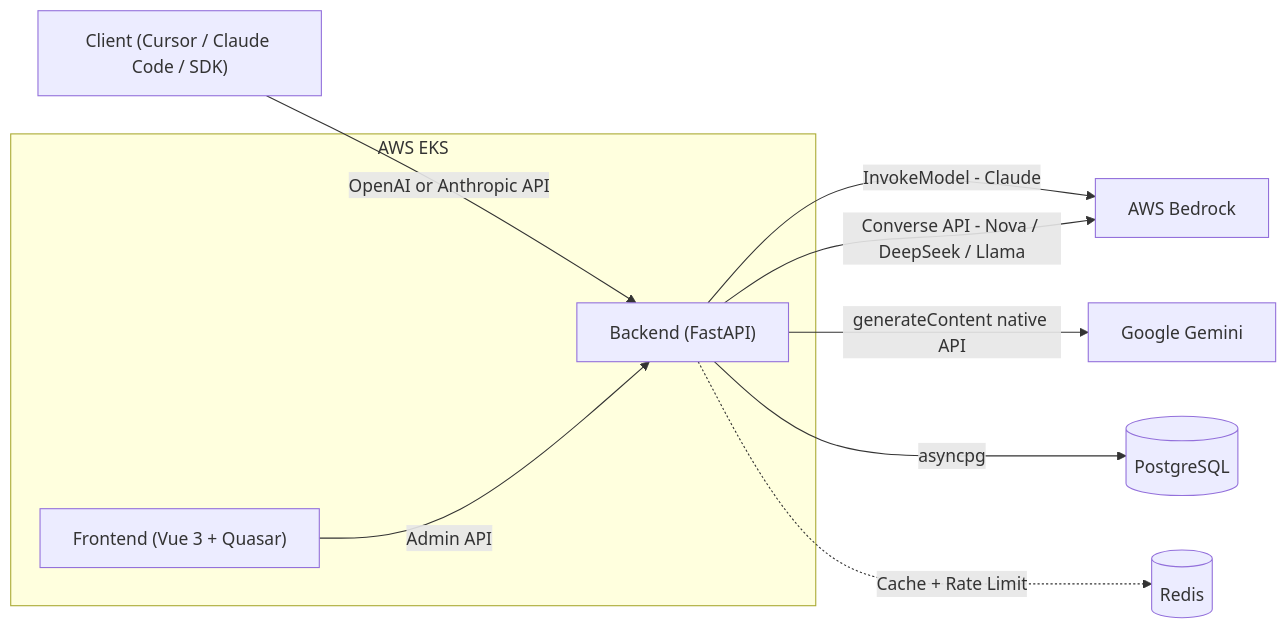
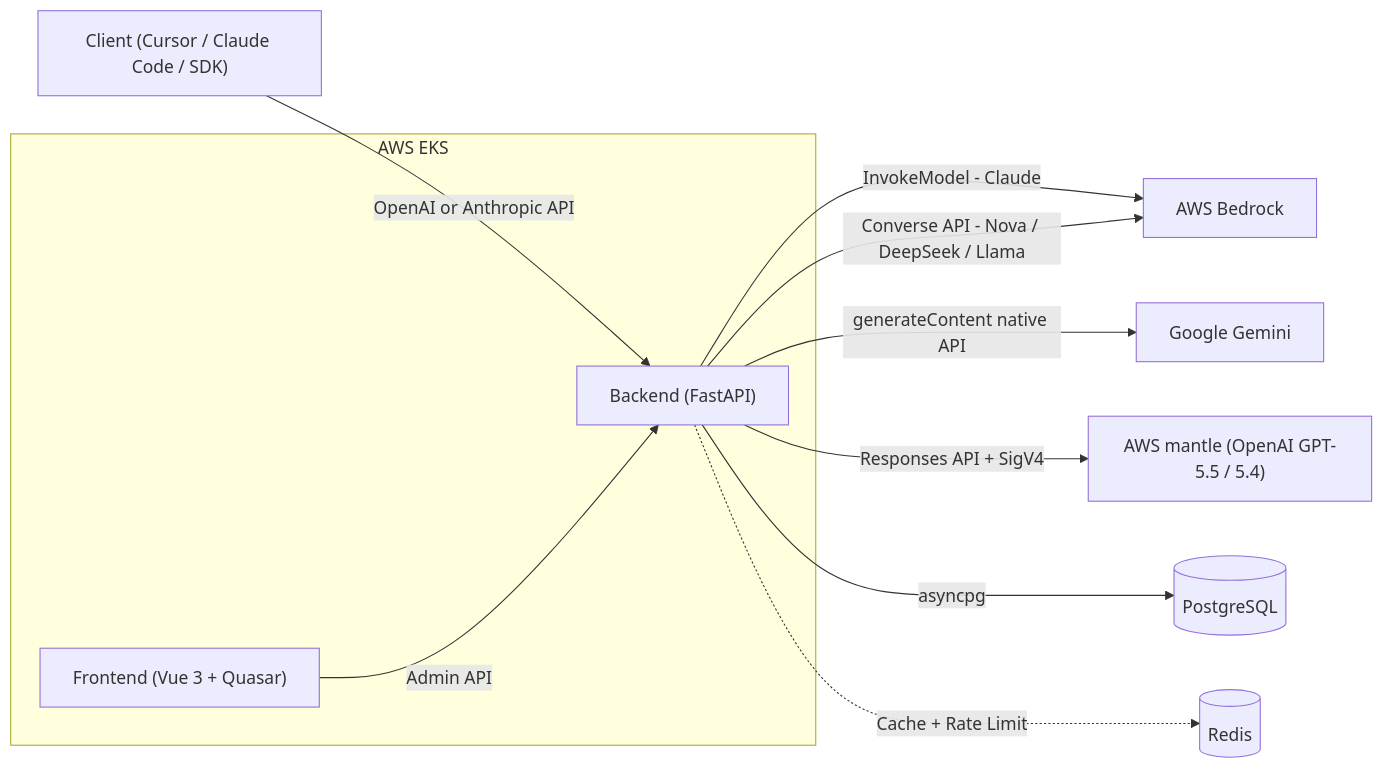
One commit to aws-samples/sample-kolya-br-proxy changed the diagram in README.md. Above: the diagram before and after it, drawn with Mermaid. The commit also changed other lines of this file and 9 other files, not shown here.

First line of the commit message:
docs: 补充 OpenAI GPT-5.5/5.4 (mantle) 相关文档

````diff
--- a/README.md
+++ b/README.md
@@ -61,14 +62,15 @@
 ```mermaid
 graph LR
     Client["Client (Cursor / Claude Code / SDK)"] -->|OpenAI or Anthropic API| Backend["Backend (FastAPI)"]
     Frontend["Frontend (Vue 3 + Quasar)"] -->|Admin API| Backend
     Backend -->|InvokeModel - Claude| Bedrock["AWS Bedrock"]
     Backend -->|Converse API - Nova / DeepSeek / Llama| Bedrock
     Backend -->|generateContent native API| Gemini["Google Gemini"]
+    Backend -->|Responses API + SigV4| Mantle["AWS mantle (OpenAI GPT-5.5 / 5.4)"]
     Backend -->|asyncpg| DB[(PostgreSQL)]
     Backend -.->|Cache + Rate Limit| Redis[(Redis)]
     subgraph AWS EKS
         Frontend
         Backend
     end
 ```
````
